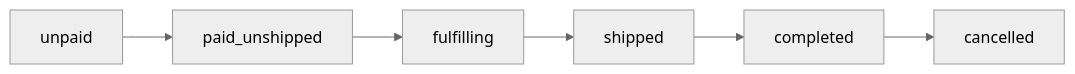
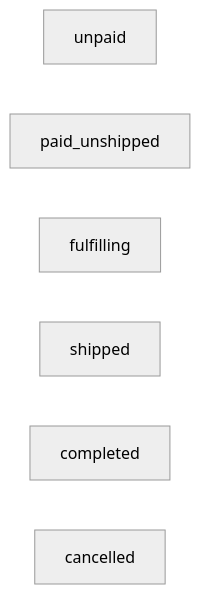
The diagram in examples/case-order-cancel-bad/human/spec.md (OwenBell0930/specnotary), drawn with Mermaid (neutral theme) before and after one commit. The commit also changed other lines of this file and 20 other files, not shown here.

````diff
--- a/examples/case-order-cancel-bad/human/spec.md
+++ b/examples/case-order-cancel-bad/human/spec.md
@@ -67,4 +67,9 @@
 ```mermaid
 flowchart LR
-  S0["unpaid"] --> S1["paid_unshipped"] --> S2["fulfilling"] --> S3["shipped"] --> S4["completed"] --> S5["cancelled"]
+  S0["unpaid"]
+  S1["paid_unshipped"]
+  S2["fulfilling"]
+  S3["shipped"]
+  S4["completed"]
+  S5["cancelled"]
 ```
````
